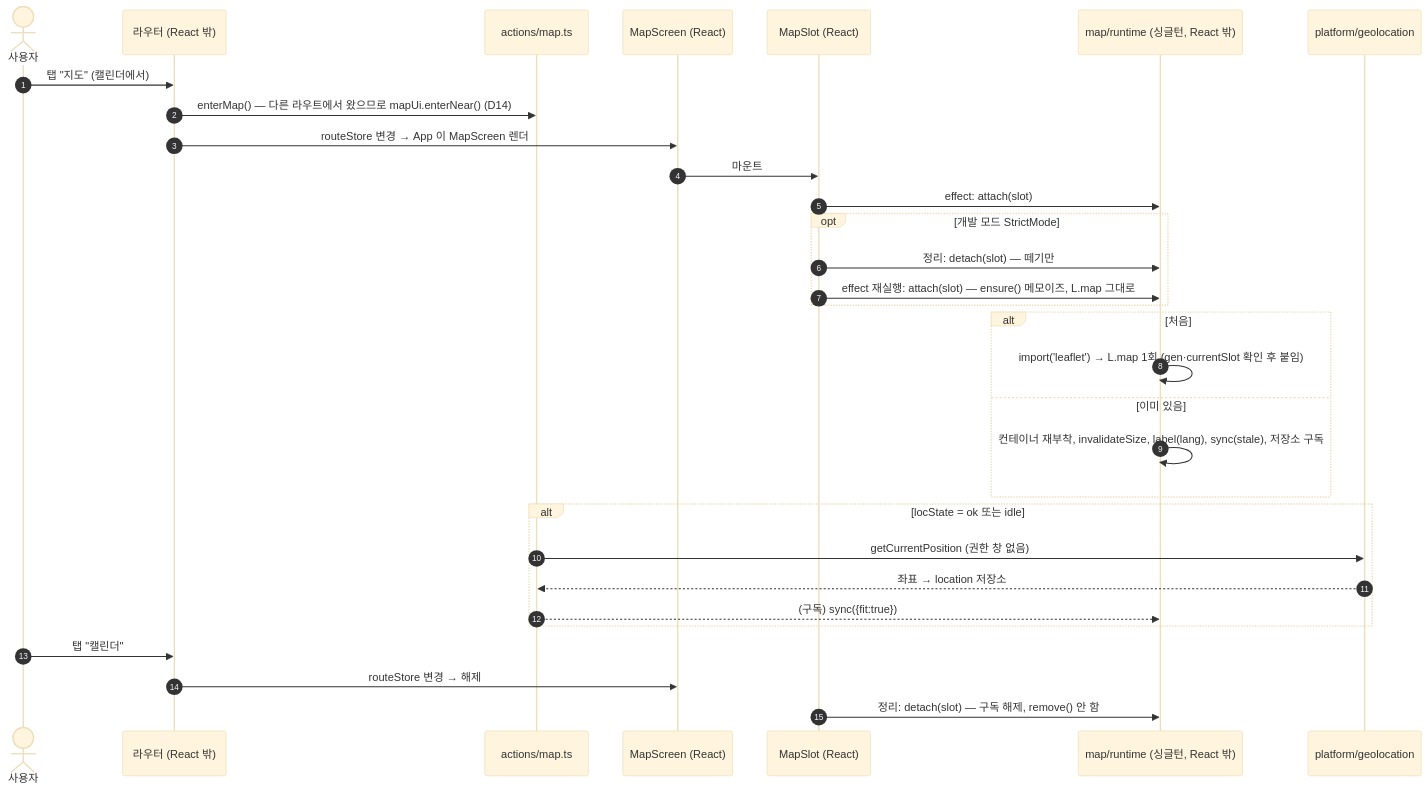
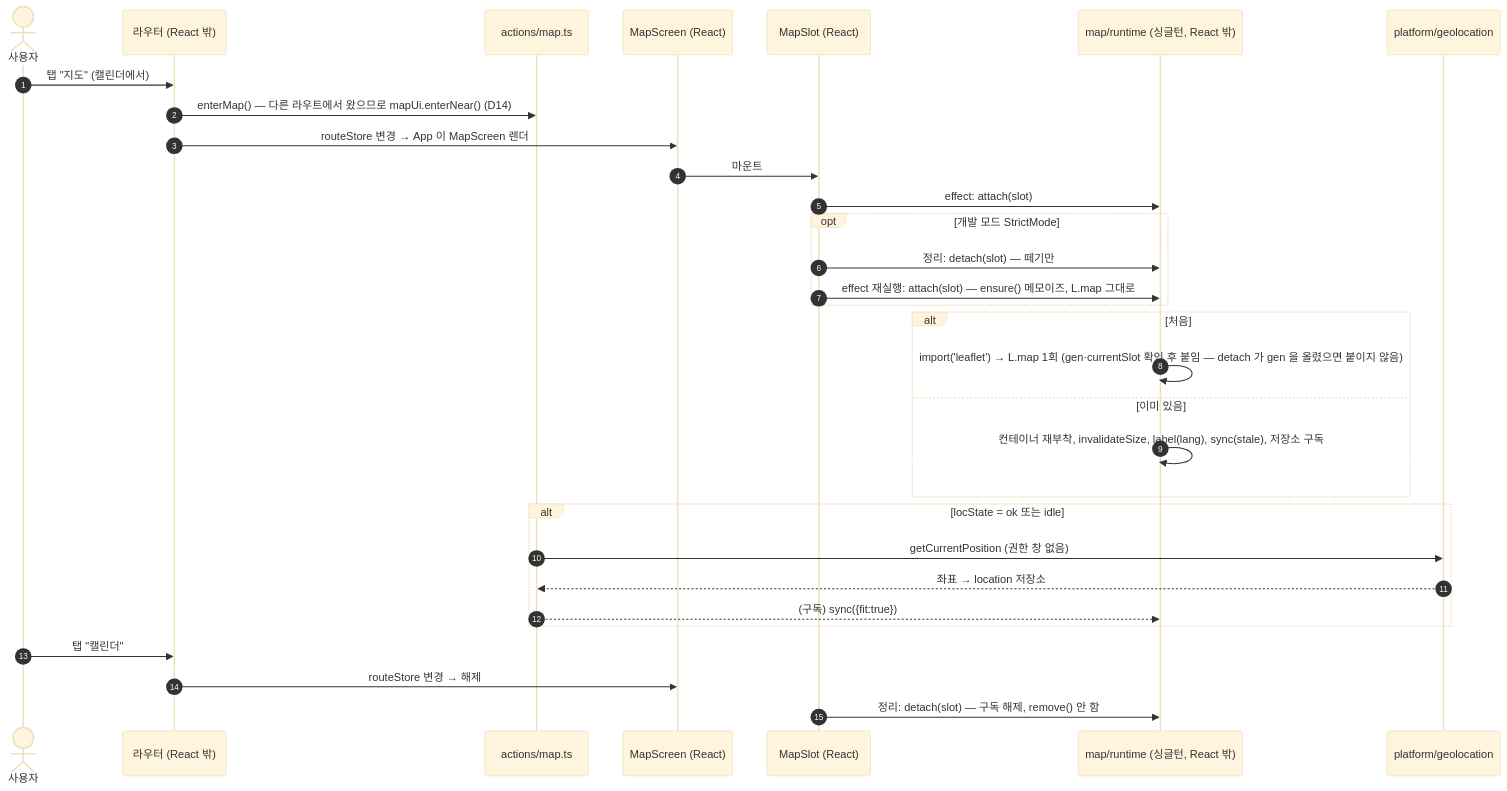
Before and after one commit to underthesun7213/yui-board: the fifth of 9 diagrams in docs/architecture/rfc/0003-yunabi-v2.md, drawn with Mermaid (base theme). The commit also changed other lines of this file and 6 other files, not shown here.

````diff
--- a/docs/architecture/rfc/0003-yunabi-v2.md
+++ b/docs/architecture/rfc/0003-yunabi-v2.md
@@ -378,33 +408,33 @@
 ```mermaid
 sequenceDiagram
   autonumber
   actor U as 사용자
   participant R as 라우터 (React 밖)
   participant A as actions/map.ts
   participant MS as MapScreen (React)
   participant S as MapSlot (React)
   participant RT as map/runtime (싱글턴, React 밖)
   participant G as platform/geolocation
   U->>R: 탭 "지도" (캘린더에서)
   R->>A: enterMap() — 다른 라우트에서 왔으므로 mapUi.enterNear() (D14)
   R->>MS: routeStore 변경 → App 이 MapScreen 렌더
   MS->>S: 마운트
   S->>RT: effect: attach(slot)
   opt 개발 모드 StrictMode
     S->>RT: 정리: detach(slot) — 떼기만
     S->>RT: effect 재실행: attach(slot) — ensure() 메모이즈, L.map 그대로
   end
   alt 처음
-    RT->>RT: import('leaflet') → L.map 1회 (gen·currentSlot 확인 후 붙임)
+    RT->>RT: import('leaflet') → L.map 1회 (gen·currentSlot 확인 후 붙임 — detach 가 gen 을 올렸으면 붙이지 않음)
   else 이미 있음
     RT->>RT: 컨테이너 재부착, invalidateSize, label(lang), sync(stale), 저장소 구독
   end
   alt locState = ok 또는 idle
     A->>G: getCurrentPosition (권한 창 없음)
     G-->>A: 좌표 → location 저장소
     A-->>RT: (구독) sync({fit:true})
   end
   U->>R: 탭 "캘린더"
   R->>MS: routeStore 변경 → 해제
   S->>RT: 정리: detach(slot) — 구독 해제, remove() 안 함
 ```
````
